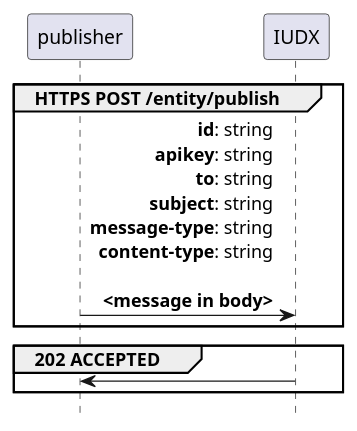
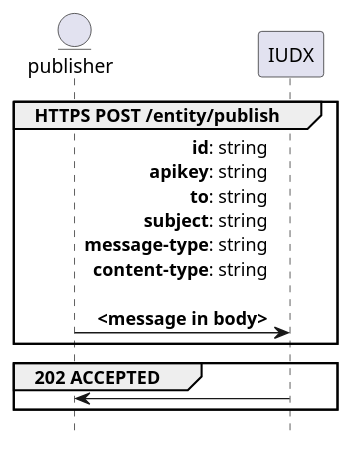
One commit to rbccps-iisc/corinthian changed the diagram in DOCS/api/publish.plantuml. Above: the diagram before and after it, drawn with PlantUML. The commit also changed 3 other files, not shown here.

Commit message:
[skip travis] update diagrams

```diff
--- a/DOCS/api/publish.plantuml
+++ b/DOCS/api/publish.plantuml
@@ -1,12 +1,14 @@
 @startuml
 hide footbox
+
+entity publisher
 
 group HTTPS POST /entity/publish
 publisher -> IUDX: **id**: string\r**apikey**: string\r**to**: string\r**subject**: string\r**message-type**: string\r**content-type**: string\r\r**<message in body>**
 end
 
 group 202 ACCEPTED
 IUDX -> publisher:
 end
 
 @enduml
```
